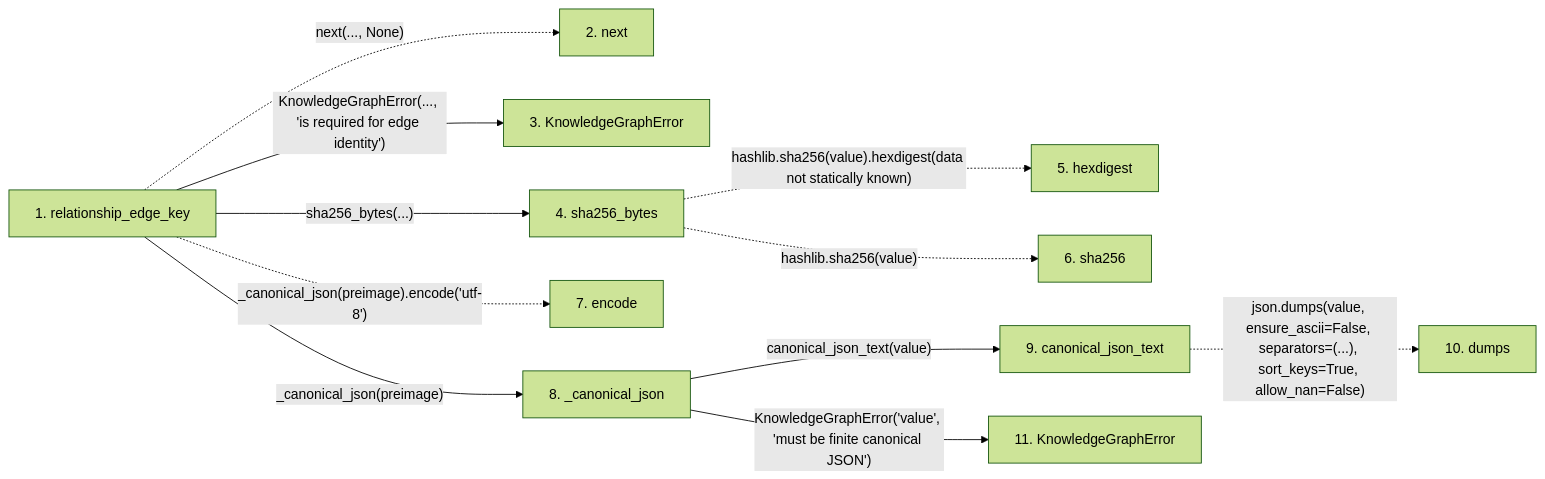
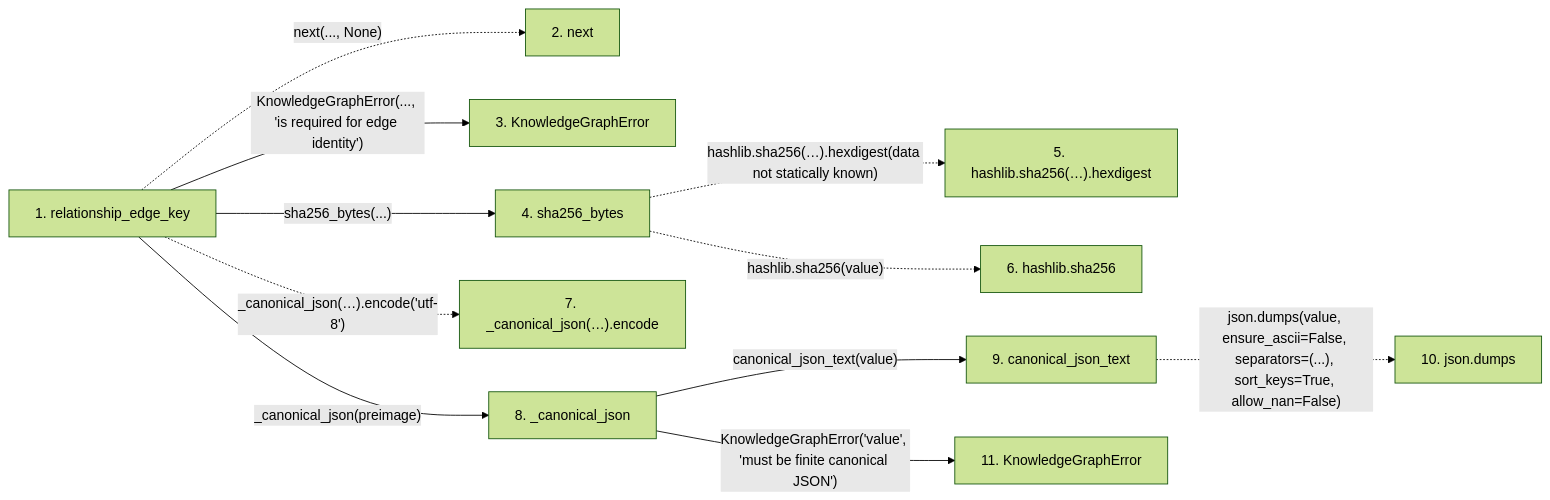
Before and after one commit to Denissvgn/python-wiki-llm: the second of 2 diagrams in docs/llm_wiki/flows/api-relationship_edge_key.md, drawn with Mermaid (forest theme). The commit also changed other lines of this file and 719 other files, not shown here.

````diff
--- a/docs/llm_wiki/flows/api-relationship_edge_key.md
+++ b/docs/llm_wiki/flows/api-relationship_edge_key.md
@@ -37,30 +37,30 @@
 ```mermaid
 flowchart LR
     s1["1. relationship_edge_key"]
     s2["2. next"]
     s3["3. KnowledgeGraphError"]
     s4["4. sha256_bytes"]
-    s5["5. hexdigest"]
-    s6["6. sha256"]
-    s7["7. encode"]
+    s5["5. hashlib.sha256(…).hexdigest"]
+    s6["6. hashlib.sha256"]
+    s7["7. _canonical_json(…).encode"]
     s8["8. _canonical_json"]
     s9["9. canonical_json_text"]
-    s10["10. dumps"]
+    s10["10. json.dumps"]
     s11["11. KnowledgeGraphError"]
     s1 -. "next(..., None)" .-> s2
     s1 -->|"KnowledgeGraphError(..., 'is required for edge identity')"| s3
     s1 -->|"sha256_bytes(...)"| s4
-    s4 -. "hashlib.sha256(value).hexdigest(data not statically known)" .-> s5
+    s4 -. "hashlib.sha256(…).hexdigest(data not statically known)" .-> s5
     s4 -. "hashlib.sha256(value)" .-> s6
-    s1 -. "_canonical_json(preimage).encode('utf-8')" .-> s7
+    s1 -. "_canonical_json(…).encode('utf-8')" .-> s7
     s1 -->|"_canonical_json(preimage)"| s8
     s8 -->|"canonical_json_text(value)"| s9
     s9 -. "json.dumps(value, ensure_ascii=False, separators=(...), sort_keys=True, allow_nan=False)" .-> s10
     s8 -->|"KnowledgeGraphError('value', 'must be finite canonical JSON')"| s11
     click s1 "../modules/knowledge_graph.md"
     click s3 "../modules/knowledge_graph.md"
     click s4 "../modules/knowledge_evidence.md"
     click s8 "../modules/knowledge_graph.md"
     click s9 "../modules/knowledge_evidence.md"
     click s11 "../modules/knowledge_graph.md"
 ```
````
